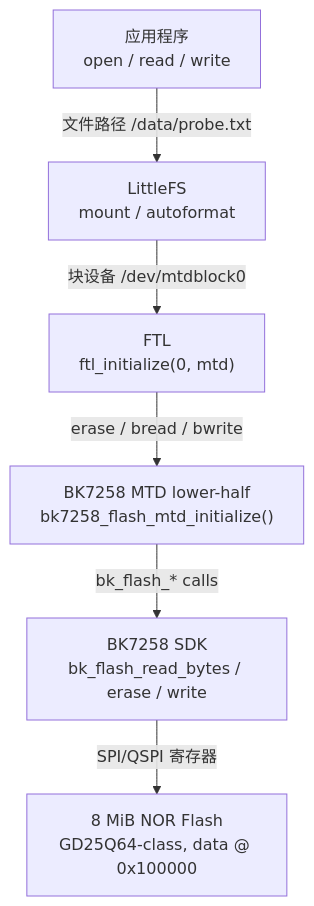
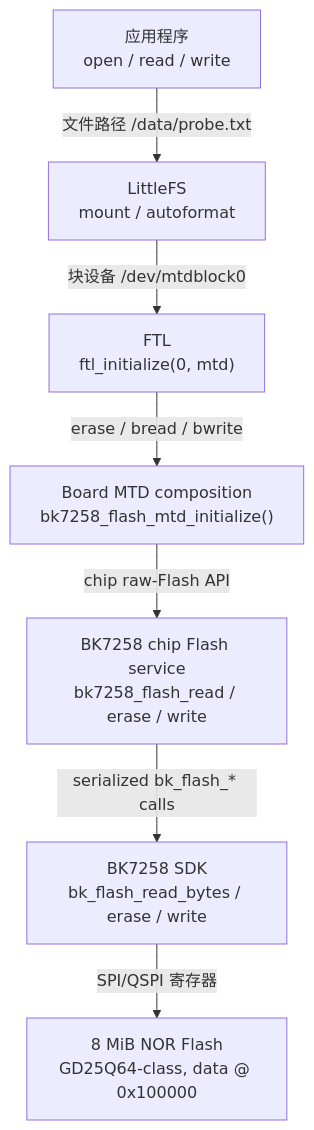
One commit to Embracecactus/contest2026_135_yongwangzhiqian changed the diagram in docs/learning/bk7258-t5ai/40-subsystems/flash-mtd-filesystem/01-mental-model.md. Above: the diagram before and after it, drawn with Mermaid. The commit also changed other lines of this file and 6 other files, not shown here.

````diff
--- a/docs/learning/bk7258-t5ai/40-subsystems/flash-mtd-filesystem/01-mental-model.md
+++ b/docs/learning/bk7258-t5ai/40-subsystems/flash-mtd-filesystem/01-mental-model.md
@@ -42,15 +42,17 @@
 ```mermaid
 flowchart TD
     APP["应用程序<br/>open / read / write"]
     LFS["LittleFS<br/>mount / autoformat"]
     FTL["FTL<br/>ftl_initialize(0, mtd)"]
-    MTD["BK7258 MTD lower-half<br/>bk7258_flash_mtd_initialize()"]
+    MTD["Board MTD composition<br/>bk7258_flash_mtd_initialize()"]
+    CHIP["BK7258 chip Flash service<br/>bk7258_flash_read / erase / write"]
     SDK["BK7258 SDK<br/>bk_flash_read_bytes / erase / write"]
     HW["8 MiB NOR Flash<br/>GD25Q64-class, data @ 0x100000"]
 
     APP -->|"文件路径 /data/probe.txt"| LFS
     LFS -->|"块设备 /dev/mtdblock0"| FTL
     FTL -->|"erase / bread / bwrite"| MTD
-    MTD -->|"bk_flash_* calls"| SDK
+    MTD -->|"chip raw-Flash API"| CHIP
+    CHIP -->|"serialized bk_flash_* calls"| SDK
     SDK -->|"SPI/QSPI 寄存器"| HW
 ```
````
